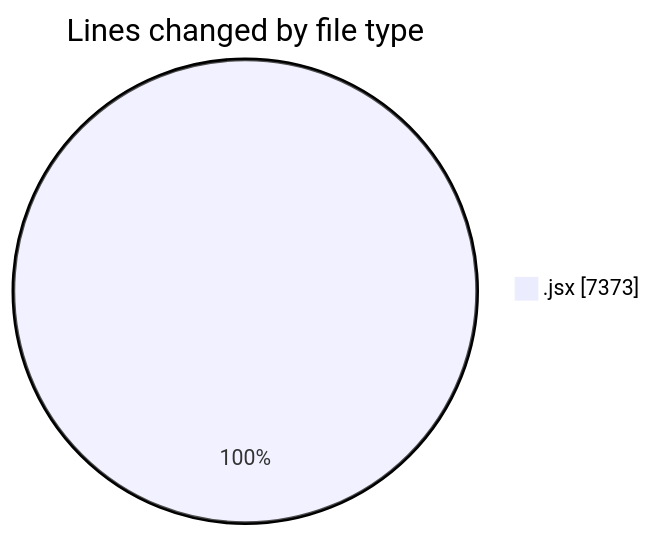
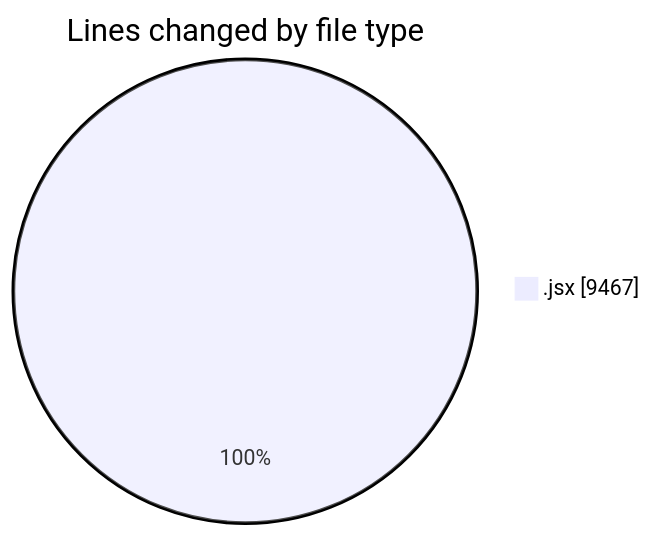
One commit to nxtqubesakshisongat/code-tracking changed the first of 2 diagrams in 2025-06-14/nxtqube_webapp/README.md. Above: the diagram before and after it, drawn with Mermaid. The commit also changed other lines of this file and 1 other file, not shown here.

````diff
--- a/2025-06-14/nxtqube_webapp/README.md
+++ b/2025-06-14/nxtqube_webapp/README.md
@@ -26,5 +26,5 @@
 ```mermaid
 pie showData
 title Lines changed by file type
-".jsx" : 7373
+".jsx" : 9467
 ```
````
